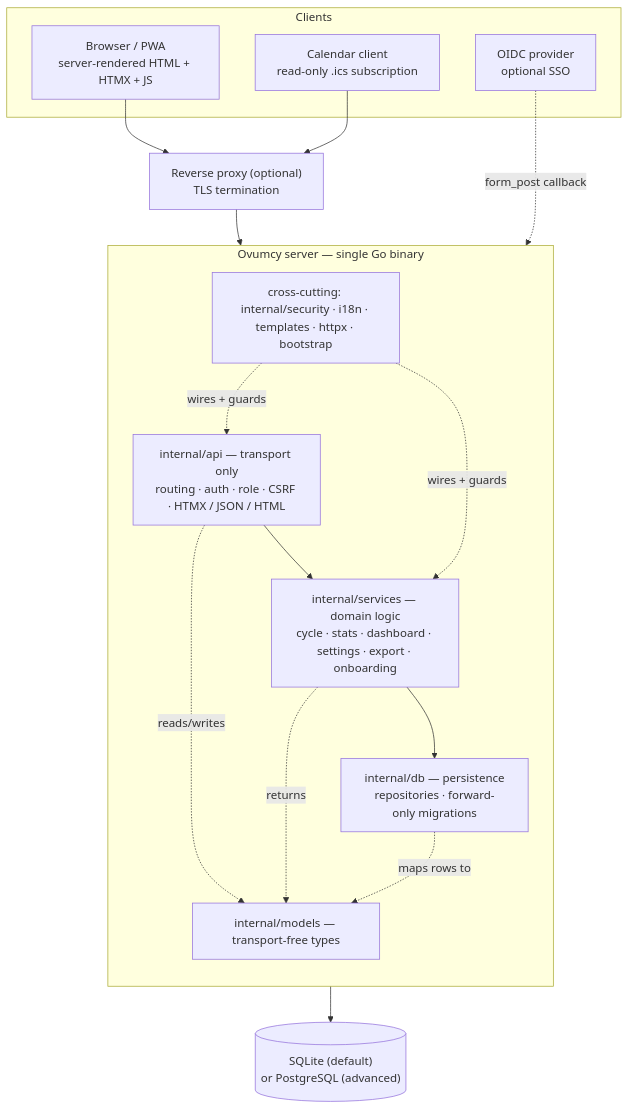
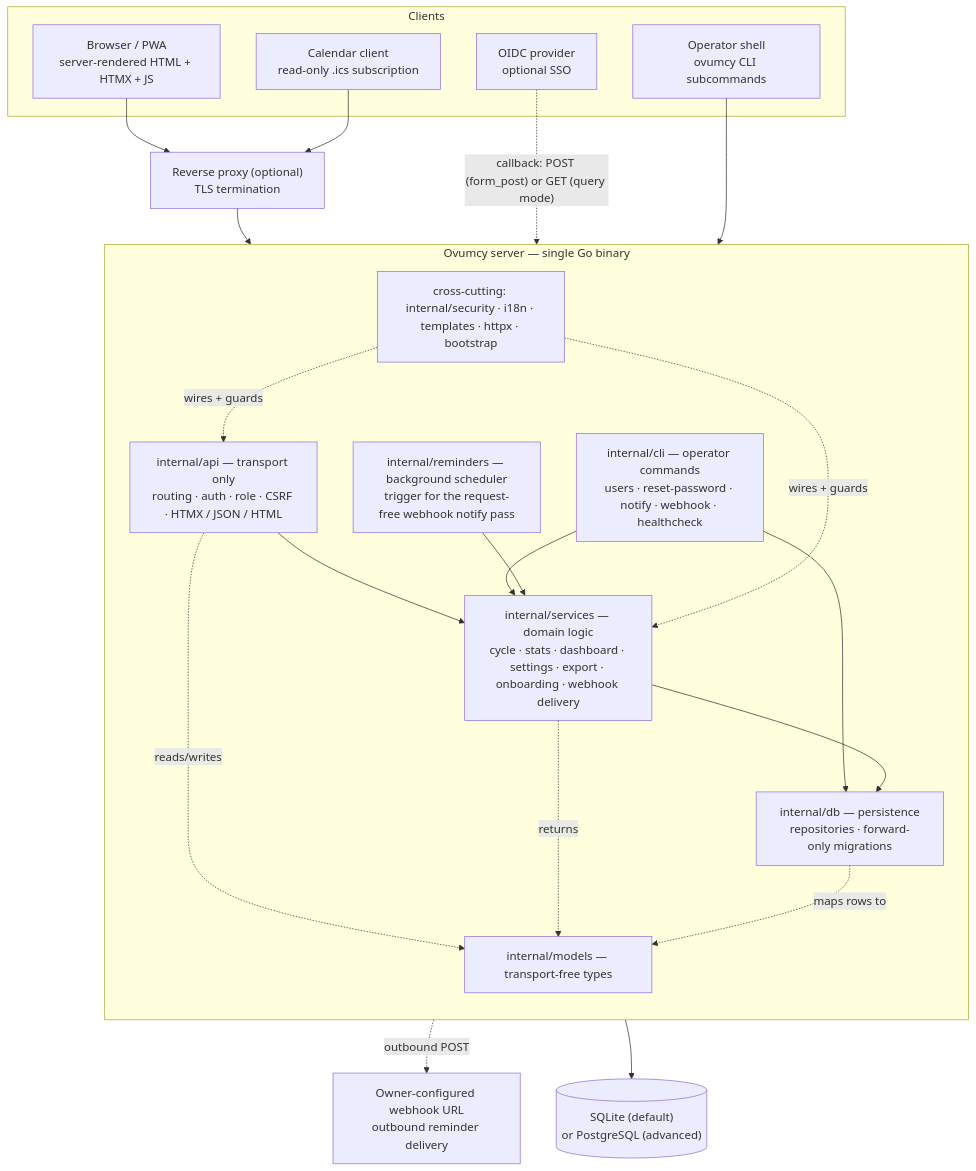
Before and after one commit to ovumcy/ovumcy-web: the first of 3 diagrams in docs/architecture.md, drawn with Mermaid. The commit also changed other lines of this file and 4 other files, not shown here.

````diff
--- a/docs/architecture.md
+++ b/docs/architecture.md
@@ -26,34 +26,43 @@
 ```mermaid
 flowchart TB
     subgraph clients["Clients"]
         browser["Browser / PWA<br/>server-rendered HTML + HTMX + JS"]
         ical["Calendar client<br/>read-only .ics subscription"]
         idp["OIDC provider<br/>optional SSO"]
+        operator["Operator shell<br/>ovumcy CLI subcommands"]
     end
 
     proxy["Reverse proxy (optional)<br/>TLS termination"]
 
     subgraph app["Ovumcy server — single Go binary"]
         direction TB
         api["internal/api — transport only<br/>routing · auth · role · CSRF · HTMX / JSON / HTML"]
-        services["internal/services — domain logic<br/>cycle · stats · dashboard · settings · export · onboarding"]
+        cli["internal/cli — operator commands<br/>users · reset-password · notify · webhook · healthcheck"]
+        reminders["internal/reminders — background scheduler<br/>trigger for the request-free webhook notify pass"]
+        services["internal/services — domain logic<br/>cycle · stats · dashboard · settings · export · onboarding · webhook delivery"]
         db["internal/db — persistence<br/>repositories · forward-only migrations"]
         models["internal/models — transport-free types"]
         cross["cross-cutting: internal/security · i18n · templates · httpx · bootstrap"]
     end
 
     store[("SQLite (default)<br/>or PostgreSQL (advanced)")]
+    hook["Owner-configured webhook URL<br/>outbound reminder delivery"]
 
     browser --> proxy
     ical --> proxy
     proxy --> api
-    idp -. "form_post callback" .-> api
+    idp -. "callback: POST (form_post) or GET (query mode)" .-> api
+    operator --> cli
     api --> services
+    cli --> services
+    cli --> db
+    reminders --> services
     services --> db
+    services -. "outbound POST" .-> hook
     db --> store
     api -. "reads/writes" .-> models
     services -. "returns" .-> models
     db -. "maps rows to" .-> models
     cross -. "wires + guards" .-> api
     cross -. "wires + guards" .-> services
 ```
````
